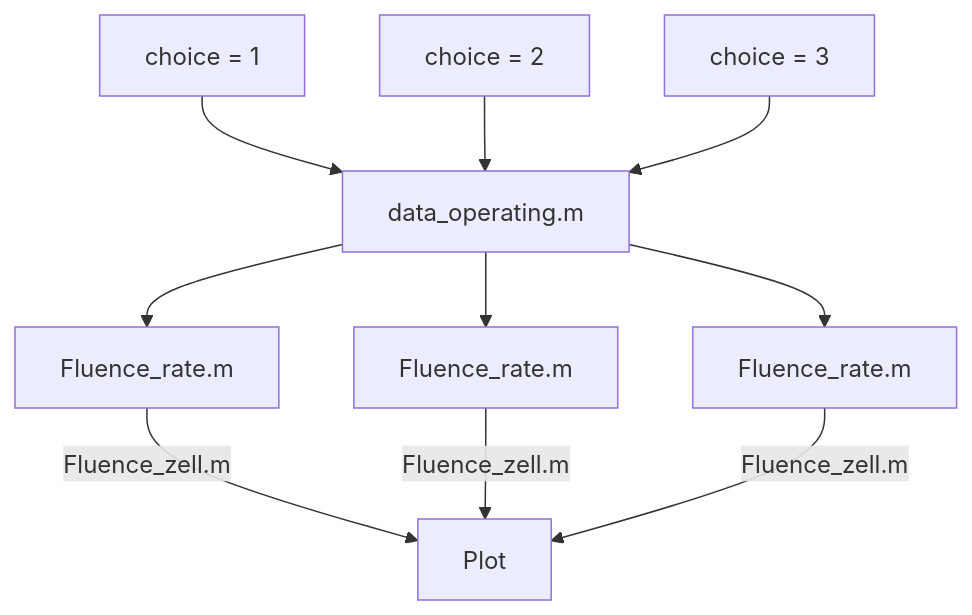
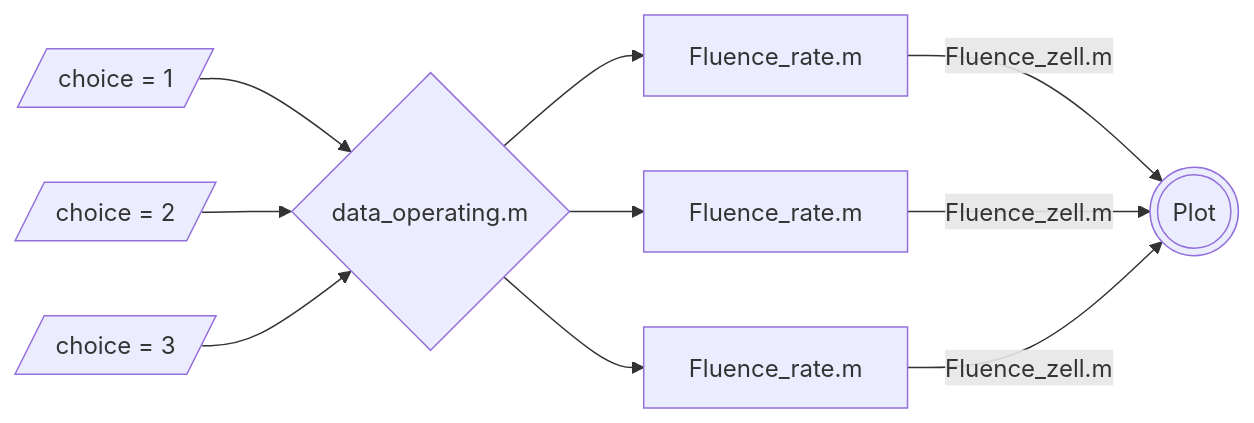
The second of 2 diagrams in Description.md (LuisaConsiglieri/FocalLaserAblationStudy), drawn with Mermaid before and after one commit. The commit also changed other lines of this file, not shown here.

````diff
--- a/Description.md
+++ b/Description.md
@@ -116,6 +116,6 @@
 ```mermaid
-graph TD;
-A1[choice = 1]-->B[data_operating.m]-->C1[Fluence_rate.m]--Fluence_zell.m-->E[Plot];
-A2[choice = 2]-->B-->C2[Fluence_rate.m]--Fluence_zell.m-->E;
-A3[choice = 3]-->B-->C3[Fluence_rate.m]--Fluence_zell.m-->E;
+graph LR;
+A1[/choice = 1/]-->B{data_operating.m}-->C1[Fluence_rate.m]--Fluence_zell.m-->E(((Plot)));
+A2[/choice = 2/]-->B-->C2[Fluence_rate.m]--Fluence_zell.m-->E;
+A3[/choice = 3/]-->B-->C3[Fluence_rate.m]--Fluence_zell.m-->E;
 ```
````
